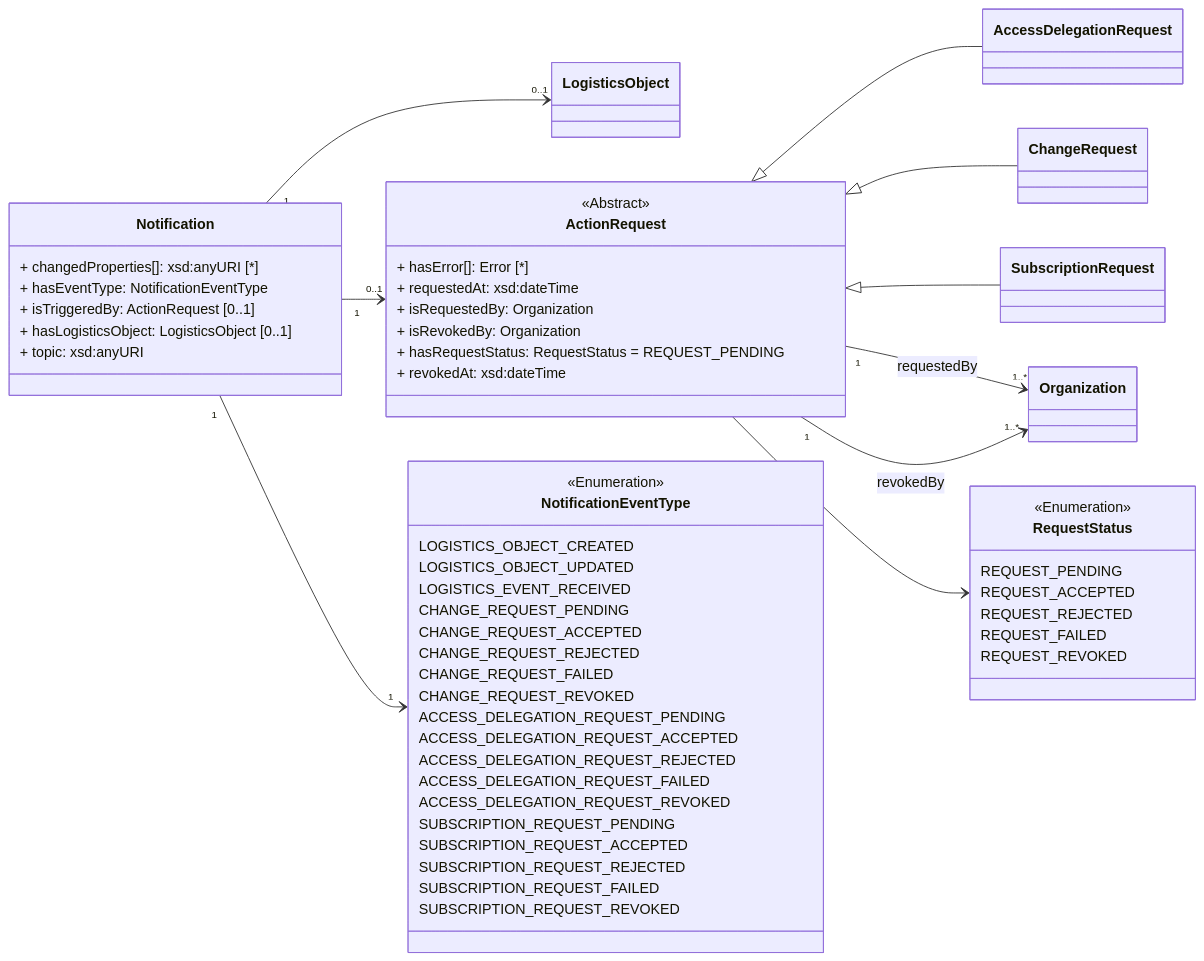
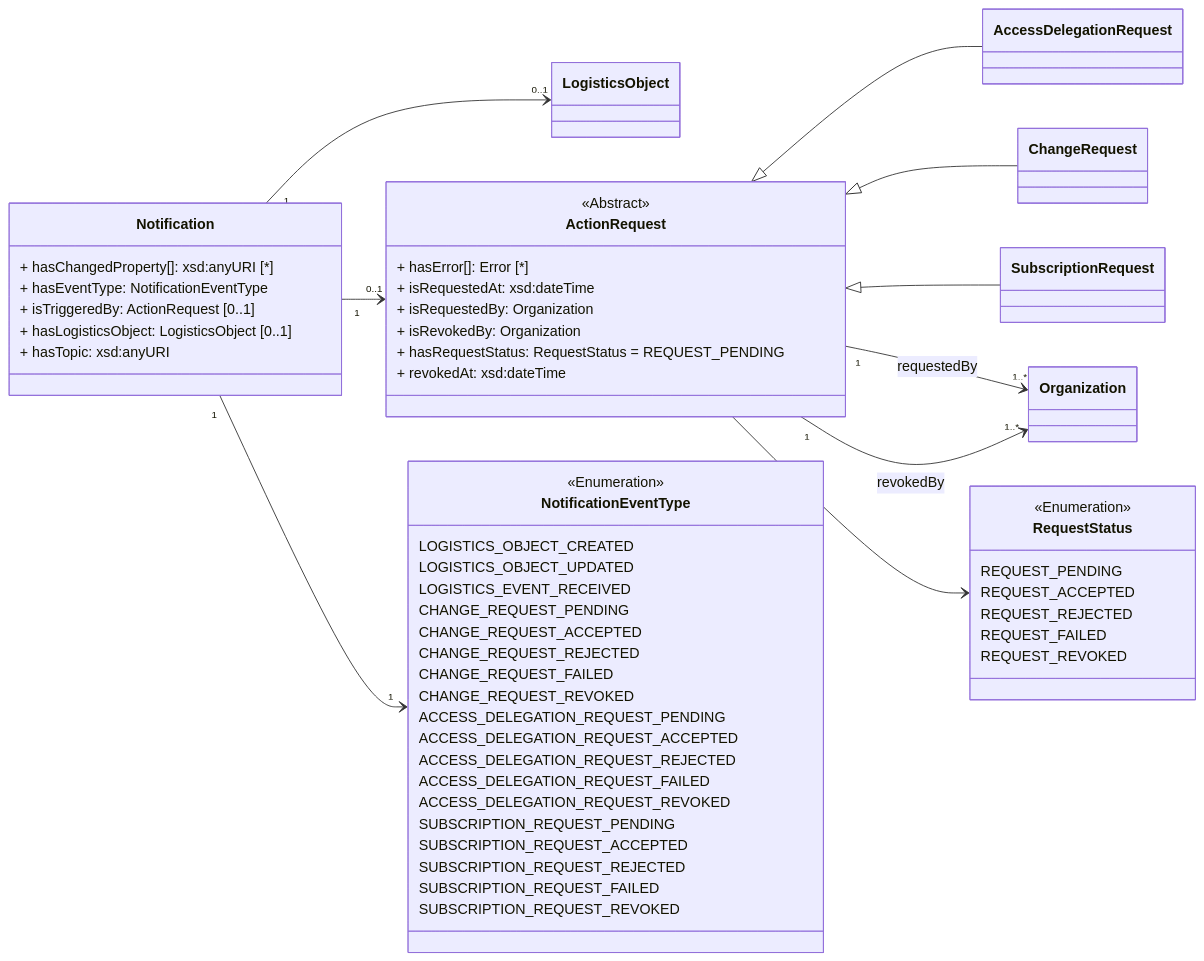
The diagram in working_draft/API/docs/notifications.md (IATA-Cargo/ONE-Record), drawn with Mermaid before and after one commit. The commit also changed 54 other files, not shown here.

````diff
--- a/working_draft/API/docs/notifications.md
+++ b/working_draft/API/docs/notifications.md
@@ -12,76 +12,76 @@
 ```mermaid
     classDiagram
 
     direction LR   
 
     class LogisticsObject{                
     }
 
     class Organization{        
     }  
 
     class ActionRequest {
         <<Abstract>>         
         + hasError[]: Error [*]
-        + requestedAt: xsd:dateTime         
+        + isRequestedAt: xsd:dateTime         
         + isRequestedBy: Organization            
         + isRevokedBy: Organization 
         + hasRequestStatus: RequestStatus = REQUEST_PENDING
         + revokedAt: xsd:dateTime                 
     }
     ActionRequest <|-- AccessDelegationRequest
     ActionRequest <|-- ChangeRequest
     ActionRequest <|-- SubscriptionRequest
 
     ActionRequest "1" --> "1..*" Organization : requestedBy    
     ActionRequest --> RequestStatus                
     ActionRequest "1" --> "1..*" Organization : revokedBy
 
     class Notification{
-        + changedProperties[]: xsd:anyURI [*]        
+        + hasChangedProperty[]: xsd:anyURI [*]        
         + hasEventType: NotificationEventType
         + isTriggeredBy: ActionRequest [0..1]  
         + hasLogisticsObject: LogisticsObject [0..1]                
-        + topic: xsd:anyURI
+        + hasTopic: xsd:anyURI
         
     }
     Notification "1"--> "0..1" LogisticsObject
     Notification "1" --> "1" NotificationEventType
     Notification "1" --> "0..1" ActionRequest  
 
     class NotificationEventType{
         <<Enumeration>>
         LOGISTICS_OBJECT_CREATED
         LOGISTICS_OBJECT_UPDATED
 
         LOGISTICS_EVENT_RECEIVED
 
         CHANGE_REQUEST_PENDING
         CHANGE_REQUEST_ACCEPTED                
         CHANGE_REQUEST_REJECTED
         CHANGE_REQUEST_FAILED        
         CHANGE_REQUEST_REVOKED
         
 
         ACCESS_DELEGATION_REQUEST_PENDING
         ACCESS_DELEGATION_REQUEST_ACCEPTED                
         ACCESS_DELEGATION_REQUEST_REJECTED
         ACCESS_DELEGATION_REQUEST_FAILED
         ACCESS_DELEGATION_REQUEST_REVOKED
 
         SUBSCRIPTION_REQUEST_PENDING
         SUBSCRIPTION_REQUEST_ACCEPTED                
         SUBSCRIPTION_REQUEST_REJECTED
         SUBSCRIPTION_REQUEST_FAILED
         SUBSCRIPTION_REQUEST_REVOKED
     }
 
     class RequestStatus{
         <<Enumeration>>
         REQUEST_PENDING
         REQUEST_ACCEPTED
         REQUEST_REJECTED
         REQUEST_FAILED
         REQUEST_REVOKED        
     }
 ```
````
